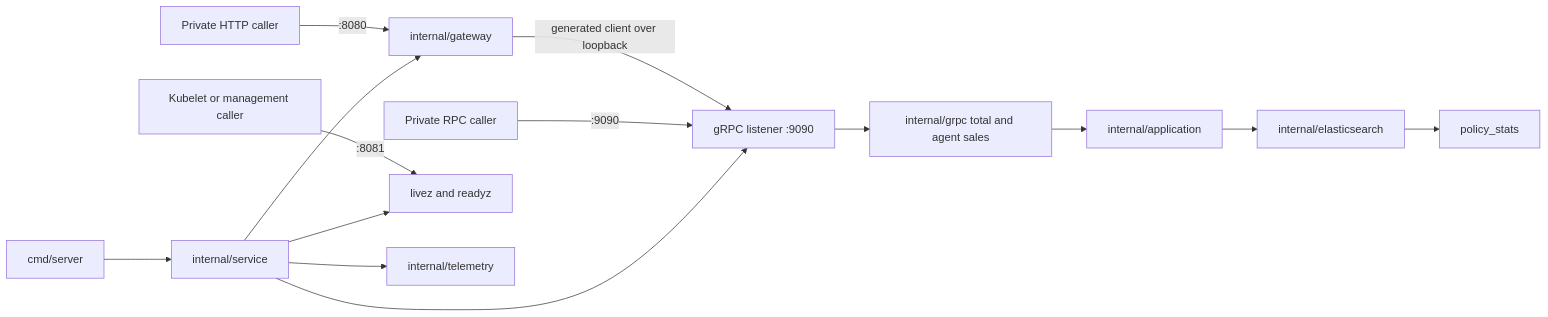
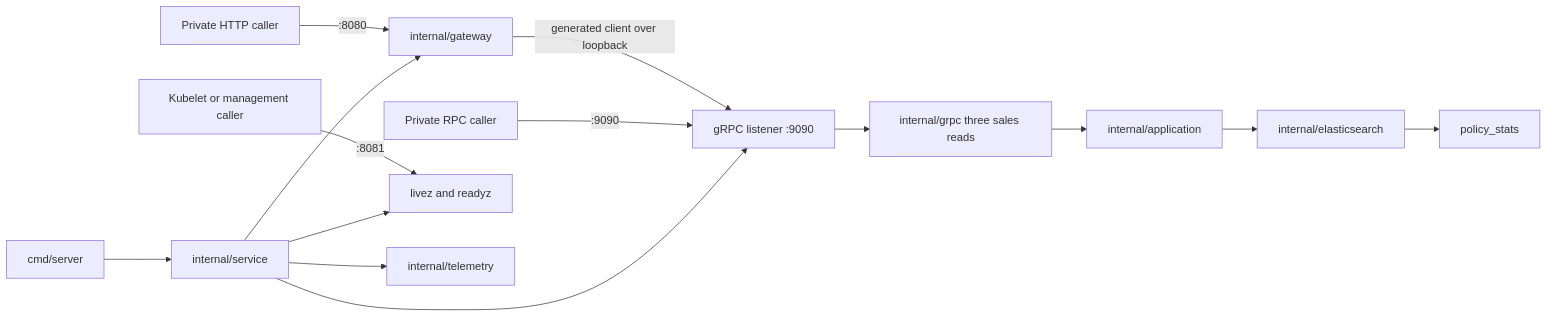
The diagram in services/dashboard-service/README.md (igor-baiborodine/insurance-hub), drawn with Mermaid before and after one commit. The commit also changed other lines of this file and 11 other files, not shown here.

````diff
--- a/services/dashboard-service/README.md
+++ b/services/dashboard-service/README.md
@@ -46,16 +51,16 @@
 ```mermaid
 flowchart LR
     caller["Private HTTP caller"] -->|":8080"| gateway["internal/gateway"]
     gateway -->|"generated client over loopback"| listener["gRPC listener :9090"]
     direct["Private RPC caller"] -->|":9090"| listener
-    listener --> query["internal/grpc total and agent sales"]
+    listener --> query["internal/grpc three sales reads"]
     query --> usecase["internal/application"]
     usecase --> reader["internal/elasticsearch"]
     reader --> es["policy_stats"]
     probes["Kubelet or management caller"] -->|":8081"| health["livez and readyz"]
     entry["cmd/server"] --> composition["internal/service"]
     composition --> gateway
     composition --> listener
     composition --> health
     composition --> telemetry["internal/telemetry"]
 ```
````
